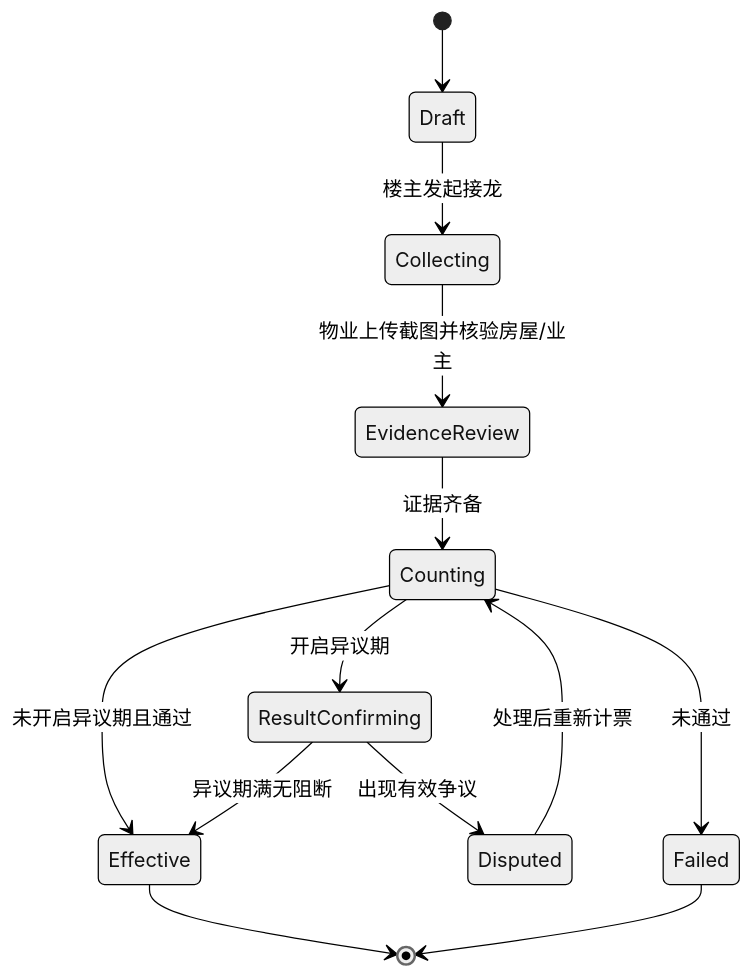
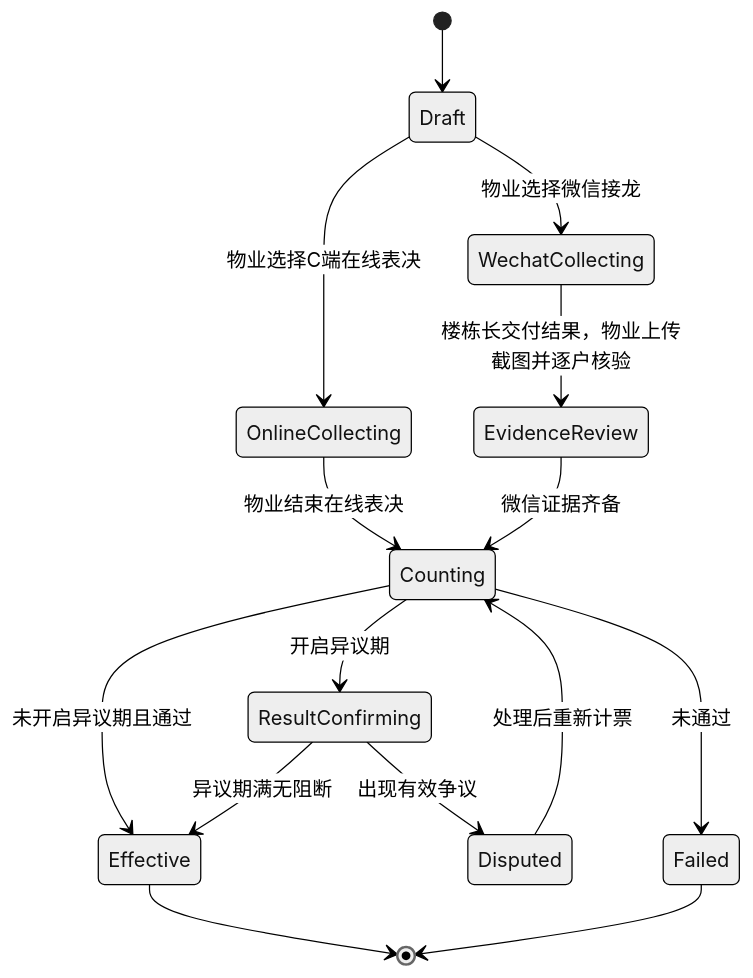
The second of 3 diagrams in docs/报修与业主大会表决流程重构方案.md (cheneyjuu/pangu), drawn with Mermaid (neutral theme) before and after one commit. The commit also changed other lines of this file and 85 other files, not shown here.

````diff
--- a/docs/报修与业主大会表决流程重构方案.md
+++ b/docs/报修与业主大会表决流程重构方案.md
@@ -228,15 +232,17 @@
 ```mermaid
 stateDiagram-v2
     [*] --> Draft
-    Draft --> Collecting: 楼主发起接龙
-    Collecting --> EvidenceReview: 物业上传截图并核验房屋/业主
-    EvidenceReview --> Counting: 证据齐备
+    Draft --> OnlineCollecting: 物业选择C端在线表决
+    Draft --> WechatCollecting: 物业选择微信接龙
+    OnlineCollecting --> Counting: 物业结束在线表决
+    WechatCollecting --> EvidenceReview: 楼栋长交付结果，物业上传截图并逐户核验
+    EvidenceReview --> Counting: 微信证据齐备
     Counting --> ResultConfirming: 开启异议期
     Counting --> Effective: 未开启异议期且通过
     ResultConfirming --> Effective: 异议期满无阻断
     ResultConfirming --> Disputed: 出现有效争议
     Counting --> Failed: 未通过
     Disputed --> Counting: 处理后重新计票
     Effective --> [*]
     Failed --> [*]
 ```
````
